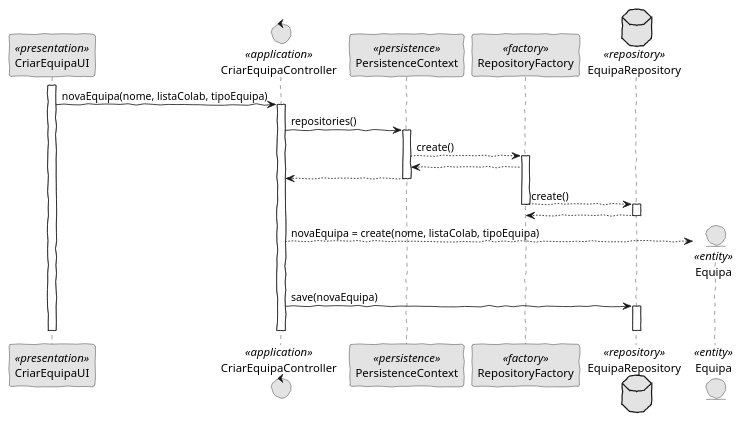
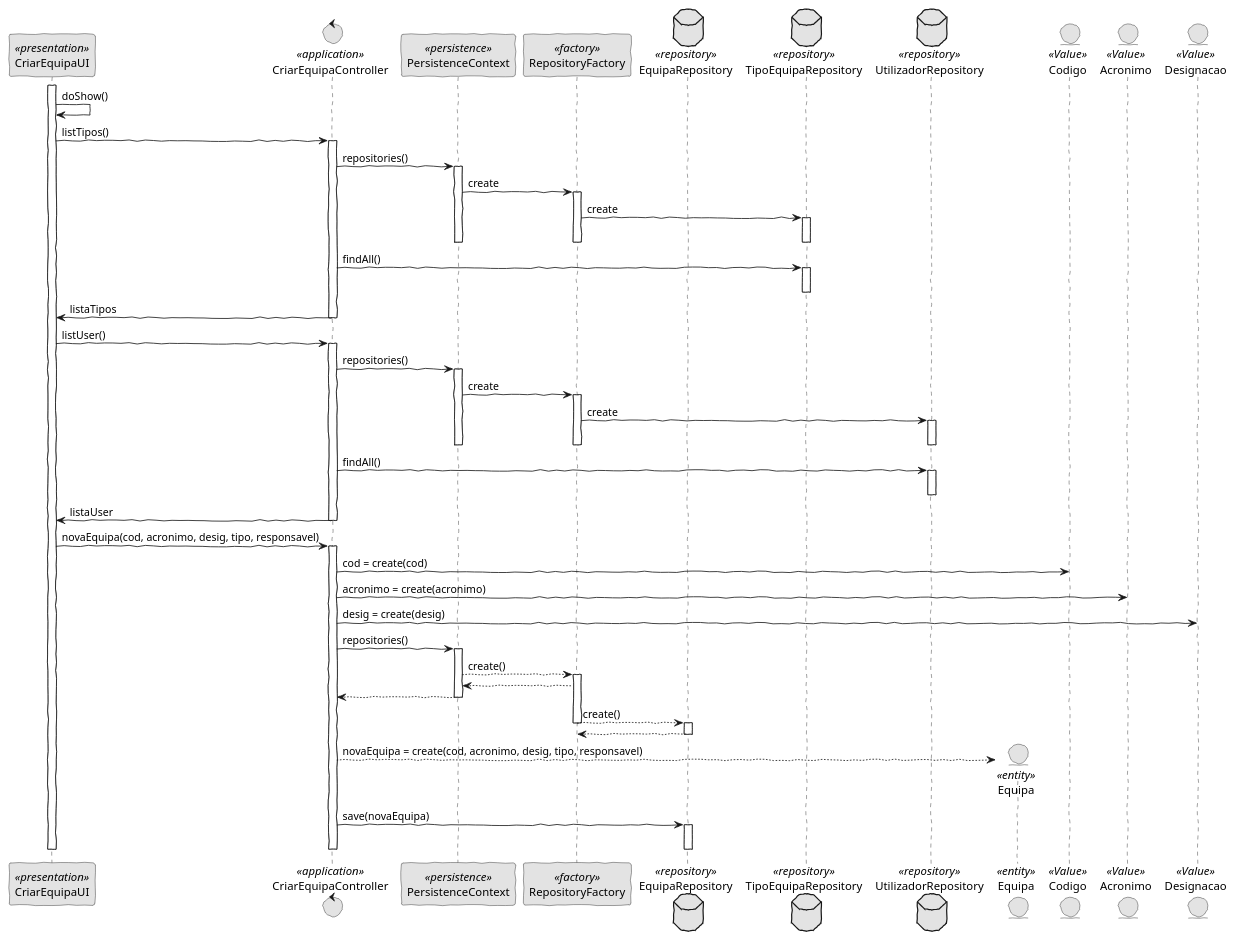
The diagram in docs/US2052_CriarEquipa/CriarEquipaSD.puml (pedrolemos4/LAPR4), drawn with PlantUML before and after one commit. The commit also changed 3 other files, not shown here.

```diff
--- a/docs/US2052_CriarEquipa/CriarEquipaSD.puml
+++ b/docs/US2052_CriarEquipa/CriarEquipaSD.puml
@@ -1,45 +1,90 @@
 @startuml
 'http://plantuml.com/skinparam.html
 skinparam handwritten true
 skinparam monochrome true
 skinparam packageStyle rect
 skinparam defaultFontName FG Virgil
 skinparam shadowing false
 
 participant CriarEquipaUI as UI <<presentation>>
 control CriarEquipaController as CTRL <<application>>
 participant PersistenceContext as Persistence <<persistence>>
 participant RepositoryFactory as Factory <<factory>>
 database EquipaRepository as ERepository <<repository>>
+database TipoEquipaRepository as TERepository <<repository>>
+database UtilizadorRepository as CRepository <<repository>>
 entity Equipa as EQ <<entity>>
+entity Codigo as COD <<Value>>
+entity Acronimo as AC <<Value>>
+entity Designacao as DES <<Value>>
 
 activate UI
 
-UI -> CTRL : novaEquipa(nome, listaColab, tipoEquipa)
+UI -> UI : doShow()
+
+UI -> CTRL: listTipos()
+    activate CTRL
+      CTRL -> Persistence: repositories()
+    activate Persistence
+      Persistence -> Factory: create
+    activate Factory
+      Factory -> TERepository: create
+    activate TERepository
+    deactivate Factory
+    deactivate Persistence
+        deactivate TERepository
+      CTRL -> TERepository: findAll()
+      activate TERepository
+      deactivate TERepository
+      CTRL -> UI: listaTipos
+    deactivate CTRL
+
+UI -> CTRL: listUser()
+    activate CTRL
+      CTRL -> Persistence: repositories()
+    activate Persistence
+      Persistence -> Factory: create
+    activate Factory
+      Factory -> CRepository: create
+    activate CRepository
+    deactivate Factory
+    deactivate Persistence
+     deactivate CRepository
+      CTRL -> CRepository: findAll()
+      activate CRepository
+   deactivate CRepository
+      CTRL -> UI: listaUser
+    deactivate CTRL
+    
+UI -> CTRL : novaEquipa(cod, acronimo, desig, tipo, responsavel)
 activate CTRL
 
+CTRL->COD :cod = create(cod)
+CTRL->AC :acronimo = create(acronimo)
+CTRL->DES:desig = create(desig)
+		
 CTRL -> Persistence: repositories()
         activate Persistence
             Persistence --> Factory: create()
             activate Factory
                 Factory --> Persistence:
             
             Persistence --> CTRL:
         deactivate Persistence
 
             Factory --> ERepository : create()
             deactivate Factory
             
         activate ERepository
             ERepository --> Factory : 
         deactivate ERepository
         
-CTRL --> EQ ** : novaEquipa = create(nome, listaColab, tipoEquipa)
+CTRL --> EQ ** : novaEquipa = create(cod, acronimo, desig, tipo, responsavel)
 
         CTRL -> ERepository: save(novaEquipa)
         activate ERepository
         deactivate ERepository
         
 deactivate CTRL
 deactivate UI
 @enduml
```
